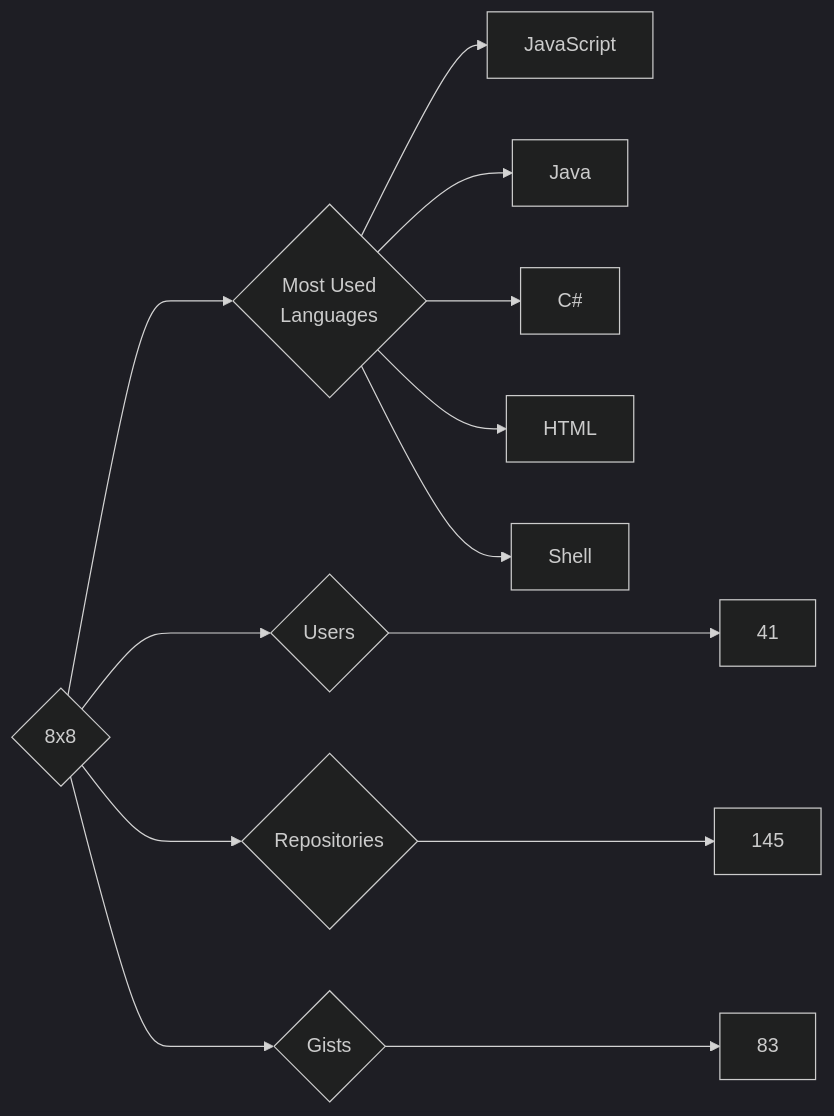
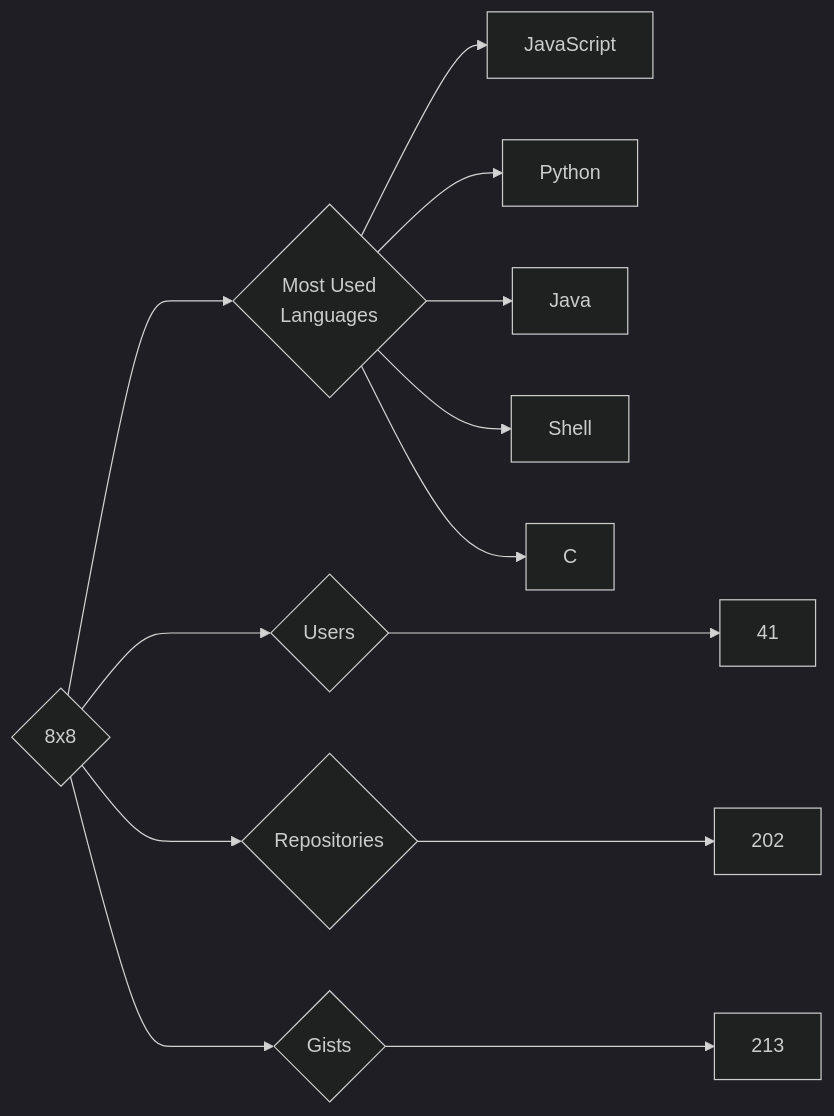
The diagram in targets/8x8/README.md (trickest/insiders), drawn with Mermaid (dark theme) before and after one commit. The commit also changed 629 other files, not shown here.

````diff
--- a/targets/8x8/README.md
+++ b/targets/8x8/README.md
@@ -3,13 +3,13 @@
 ```mermaid
 graph LR
 COMPANY_NAME{8x8}
 COMPANY_NAME ---> U{Users} ---> UN[41]
-COMPANY_NAME ---> R{Repositories} ---> RN[145]
-COMPANY_NAME ---> G{Gists} ---> GN[83]
+COMPANY_NAME ---> R{Repositories} ---> RN[202]
+COMPANY_NAME ---> G{Gists} ---> GN[213]
 COMPANY_NAME ---> ML{Most Used<br>Languages}
 ML --> JavaScript[JavaScript]
+ML --> Python[Python]
 ML --> Java[Java]
-ML --> C#[C#]
-ML --> HTML[HTML]
 ML --> Shell[Shell]
+ML --> C[C]
 ```
````
